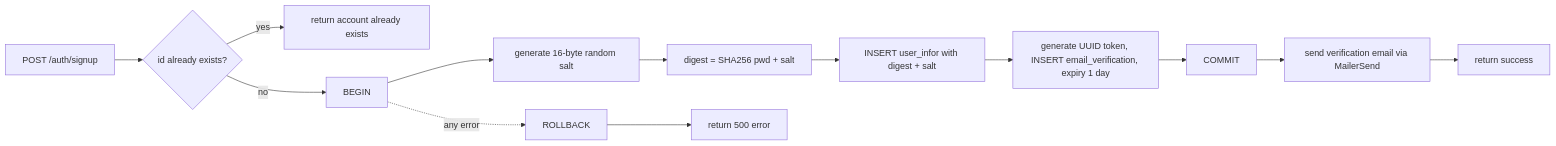
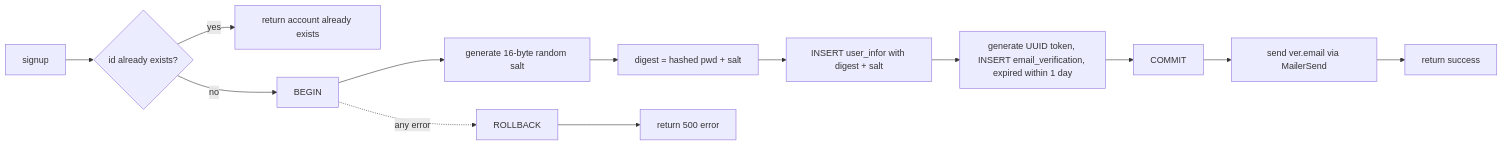
The third of 21 diagrams in descriptions/a.md (Azusalina/sba-proj), drawn with Mermaid before and after one commit. The commit also changed other lines of this file, not shown here.

````diff
--- a/descriptions/a.md
+++ b/descriptions/a.md
@@ -123,15 +118,15 @@
 ```mermaid
 flowchart LR
-    A[POST /auth/signup] --> B{id already exists?}
+    A[signup] --> B{id already exists?}
     B -- yes --> Z[return account already exists]
     B -- no --> C[BEGIN]
     C --> D[generate 16-byte random salt]
-    D --> E[digest = SHA256 pwd + salt]
+    D --> E[digest = hashed pwd + salt]
     E --> F[INSERT user_infor with digest + salt]
-    F --> G[generate UUID token, INSERT email_verification, expiry 1 day]
+    F --> G[generate UUID token, INSERT email_verification, expired within 1 day]
     G --> H[COMMIT]
-    H --> I[send verification email via MailerSend]
+    H --> I[send ver.email via MailerSend]
     I --> J[return success]
     C -. any error .-> K[ROLLBACK]
     K --> L[return 500 error]
 ```
````
